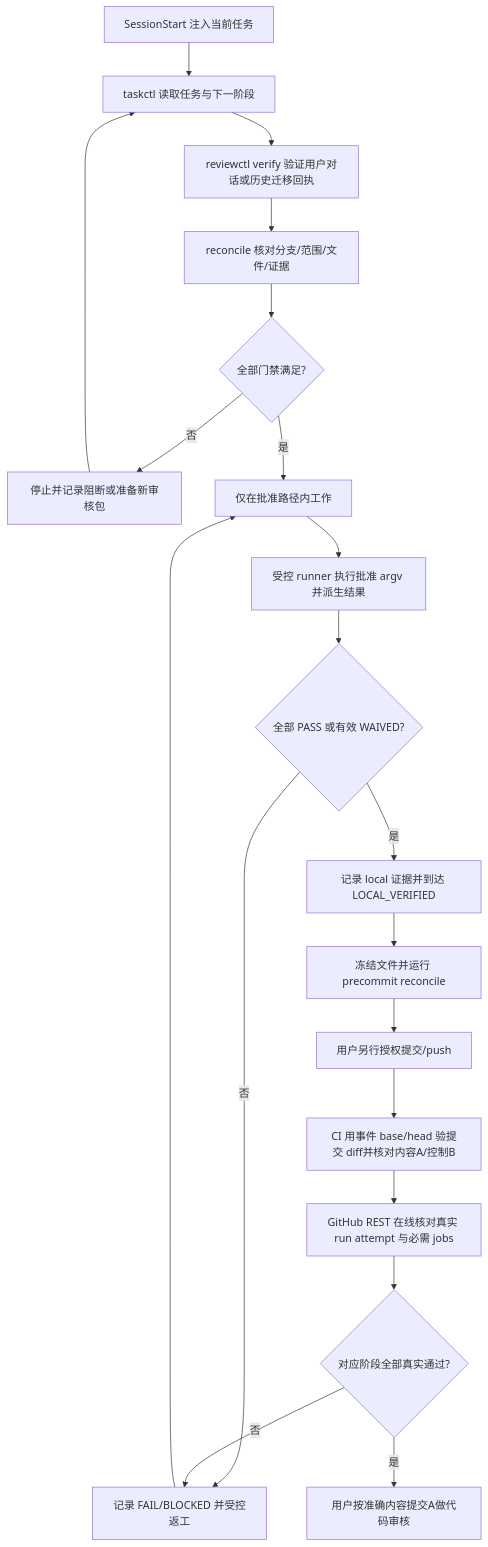
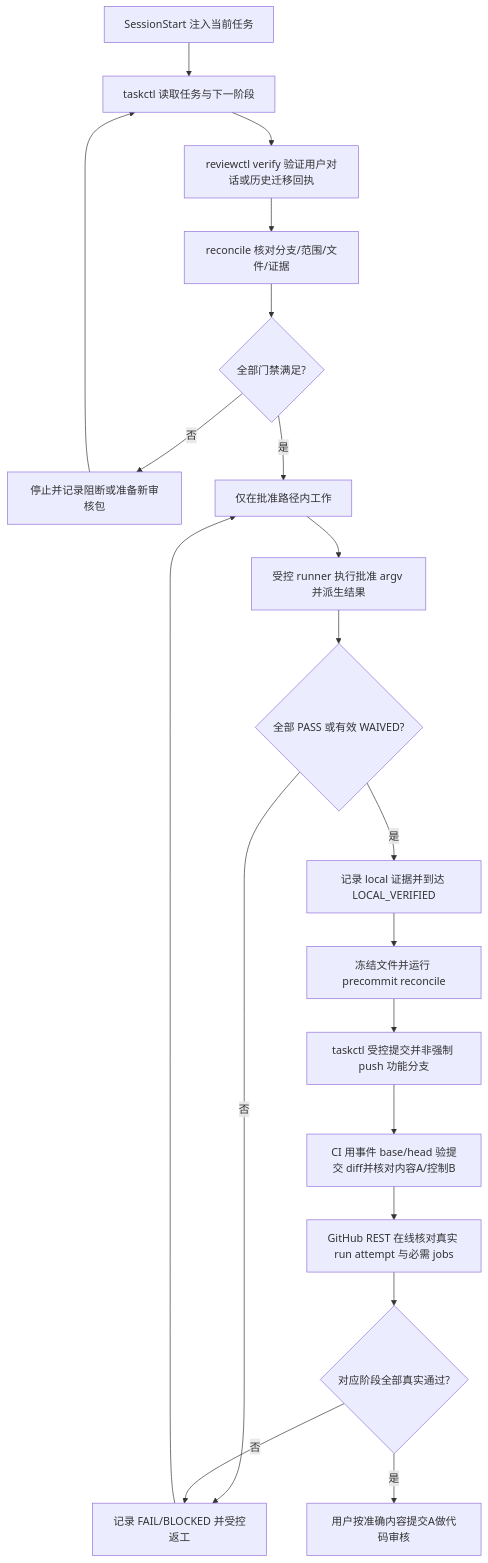
Before and after one commit to wzhic/material: the second of 2 diagrams in docs/requirements/治理基线-REQ-0001/治理基线-REQ-0001-v1.0.md, drawn with Mermaid. The commit also changed other lines of this file and 27 other files, not shown here.

````diff
--- a/docs/requirements/治理基线-REQ-0001/治理基线-REQ-0001-v1.0.md
+++ b/docs/requirements/治理基线-REQ-0001/治理基线-REQ-0001-v1.0.md
@@ -239,22 +239,22 @@
 ```mermaid
 flowchart TD
     A[SessionStart 注入当前任务] --> B[taskctl 读取任务与下一阶段]
     B --> C[reviewctl verify 验证用户对话或历史迁移回执]
     C --> D[reconcile 核对分支/范围/文件/证据]
     D --> E{全部门禁满足?}
     E -- 否 --> F[停止并记录阻断或准备新审核包]
     F --> B
     E -- 是 --> G[仅在批准路径内工作]
     G --> H[受控 runner 执行批准 argv 并派生结果]
     H --> I{全部 PASS 或有效 WAIVED?}
     I -- 否 --> J[记录 FAIL/BLOCKED 并受控返工]
     J --> G
     I -- 是 --> K[记录 local 证据并到达 LOCAL_VERIFIED]
     K --> L[冻结文件并运行 precommit reconcile]
-    L --> M[用户另行授权提交/push]
+    L --> M[taskctl 受控提交并非强制 push 功能分支]
     M --> N[CI 用事件 base/head 验提交 diff并核对内容A/控制B]
     N --> Q[GitHub REST 在线核对真实 run attempt 与必需 jobs]
     Q --> O{对应阶段全部真实通过?}
     O -- 否 --> J
     O -- 是 --> P[用户按准确内容提交A做代码审核]
 ```
````
